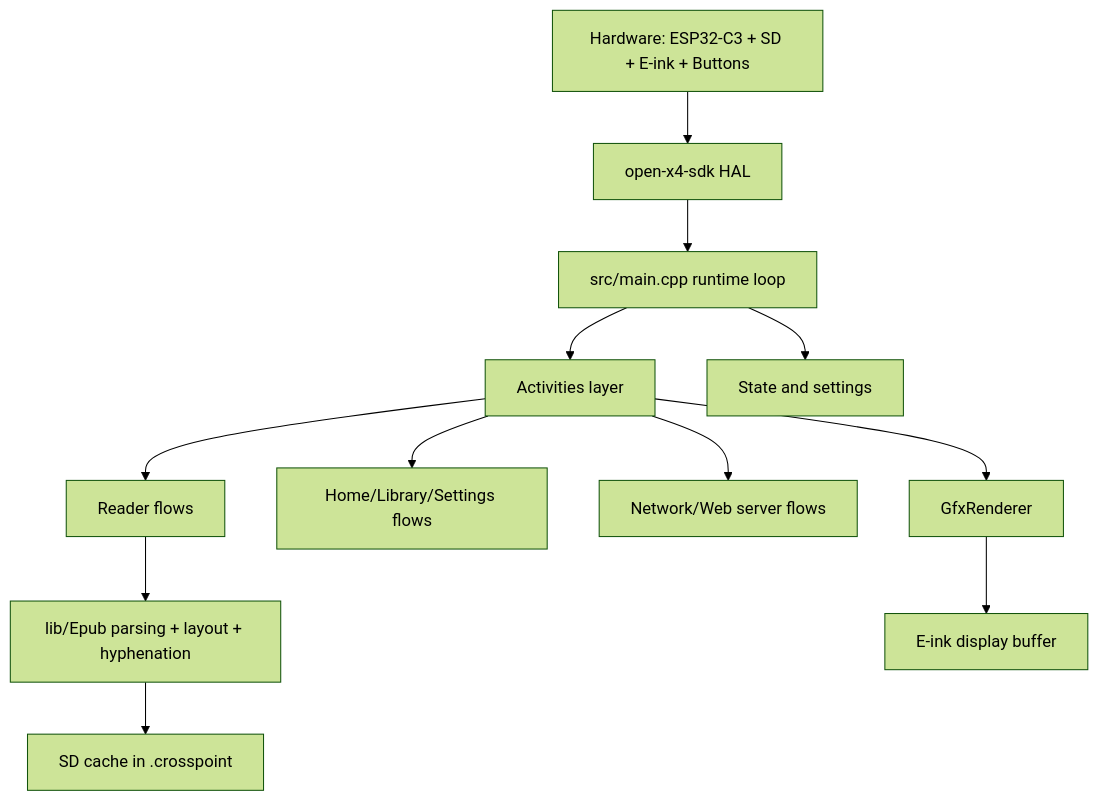
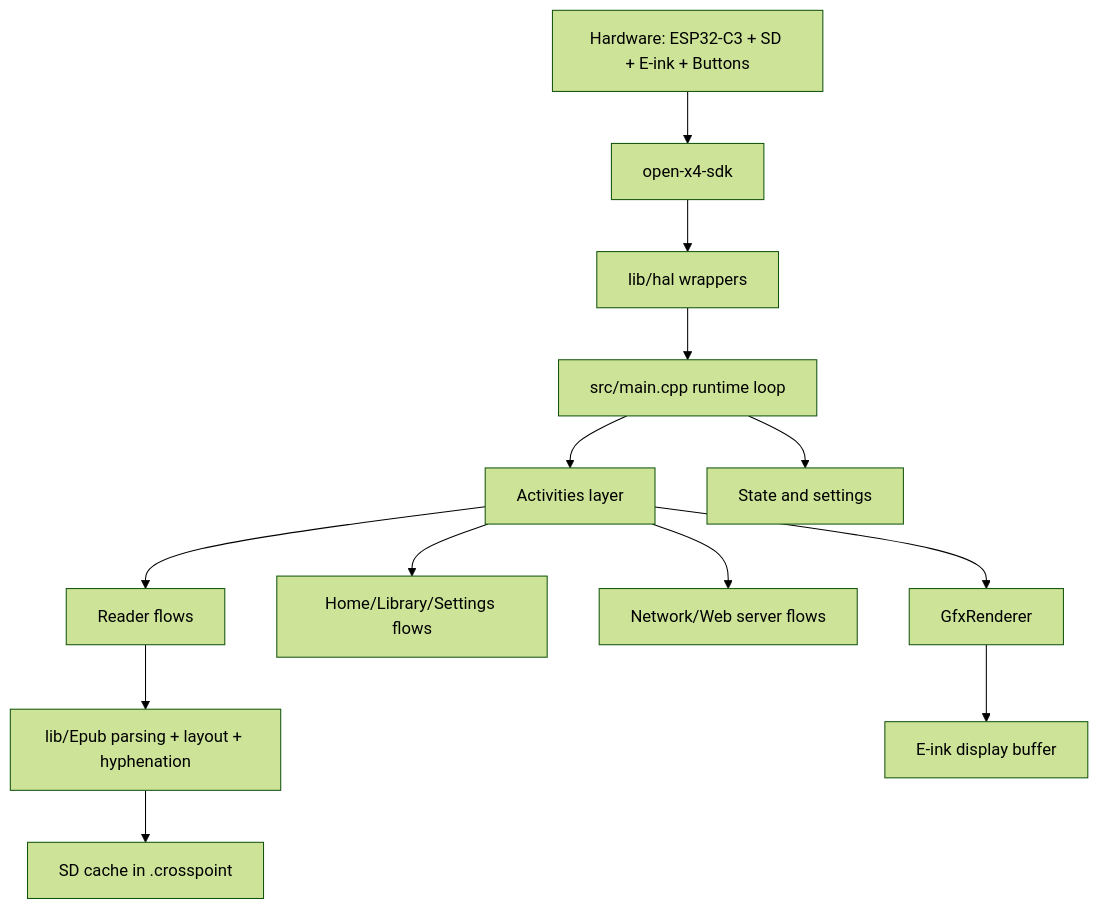
The first of 4 diagrams in firmware/docs/contributing/architecture.md (claritise/lexipoint), drawn with Mermaid (forest theme) before and after one commit. The commit also changed other lines of this file and 11 other files, not shown here.

First line of the commit message:
docs: refresh cache formats and web server workflows (#2233)

````diff
--- a/firmware/docs/contributing/architecture.md
+++ b/firmware/docs/contributing/architecture.md
@@ -9,14 +9,15 @@
 ```mermaid
 graph TD
-    A[Hardware: ESP32-C3 + SD + E-ink + Buttons] --> B[open-x4-sdk HAL]
-    B --> C[src/main.cpp runtime loop]
-    C --> D[Activities layer]
-    C --> E[State and settings]
-    D --> F[Reader flows]
-    D --> G[Home/Library/Settings flows]
-    D --> H[Network/Web server flows]
-    F --> I[lib/Epub parsing + layout + hyphenation]
-    I --> J[SD cache in .crosspoint]
-    D --> K[GfxRenderer]
-    K --> L[E-ink display buffer]
+    A[Hardware: ESP32-C3 + SD + E-ink + Buttons] --> B[open-x4-sdk]
+    B --> C[lib/hal wrappers]
+    C --> D[src/main.cpp runtime loop]
+    D --> E[Activities layer]
+    D --> F[State and settings]
+    E --> G[Reader flows]
+    E --> H[Home/Library/Settings flows]
+    E --> I[Network/Web server flows]
+    G --> J[lib/Epub parsing + layout + hyphenation]
+    J --> K[SD cache in .crosspoint]
+    E --> L[GfxRenderer]
+    L --> M[E-ink display buffer]
 ```
````
